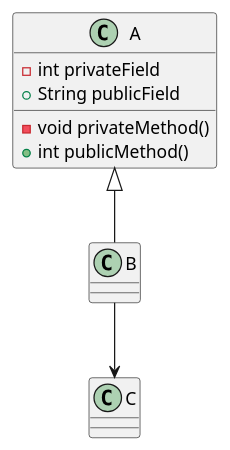
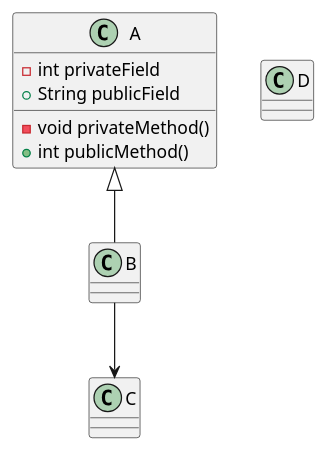
Before and after one commit to WillBooster/plantuml-visualizer: the diagram in puml-sample/class.pu, drawn with PlantUML.

Commit message:
docs: add D class

```diff
--- a/puml-sample/class.pu
+++ b/puml-sample/class.pu
@@ -1,17 +1,19 @@
 @startuml
 class A {
     -int privateField
     +String publicField
     -void privateMethod()
     +int publicMethod()
 }
 
 class B {
 }
 
 class C {
 }
 
+class D
+
 A <|-- B
 B --> C
 @enduml
```
